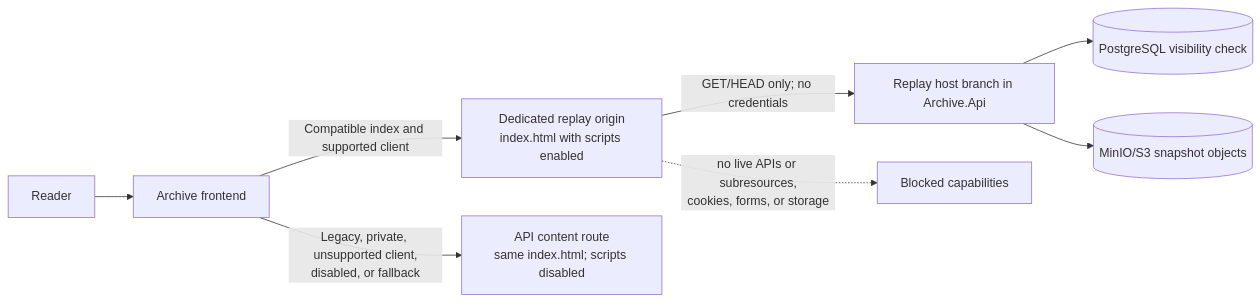
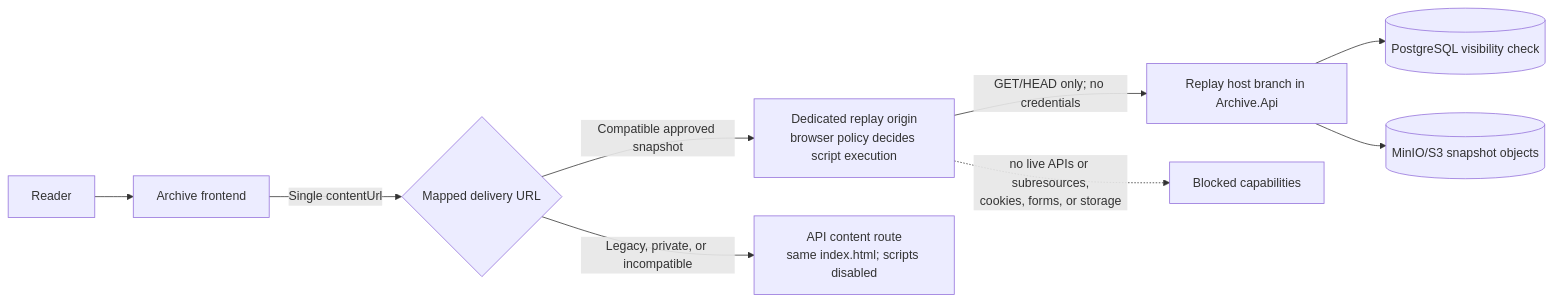
The diagram in docs/interactive-archive-replay-proposal.md (schmolldechse/archive), drawn with Mermaid before and after one commit. The commit also changed other lines of this file, not shown here.

Commit message:
docs: simplify replay delivery contract

````diff
--- a/docs/interactive-archive-replay-proposal.md
+++ b/docs/interactive-archive-replay-proposal.md
@@ -51,10 +51,11 @@
 ```mermaid
 flowchart LR
     Reader[Reader] --> Frontend[Archive frontend]
-    Frontend -->|Compatible index and supported client| Replay[Dedicated replay origin<br/>index.html with scripts enabled]
-    Frontend -->|Legacy, private, unsupported client,<br/>disabled, or fallback| Static[API content route<br/>same index.html; scripts disabled]
+    Frontend -->|Single contentUrl| Content{Mapped delivery URL}
+    Content -->|Compatible approved snapshot| Replay[Dedicated replay origin<br/>browser policy decides script execution]
+    Content -->|Legacy, private, or incompatible| Static[API content route<br/>same index.html; scripts disabled]
     Replay -->|GET/HEAD only; no credentials| APIHost[Replay host branch in Archive.Api]
     APIHost --> Database[(PostgreSQL visibility check)]
     APIHost --> Objects[(MinIO/S3 snapshot objects)]
     Replay -. no live APIs or subresources,<br/>cookies, forms, or storage .-> Blocked[Blocked capabilities]
 ```
````
